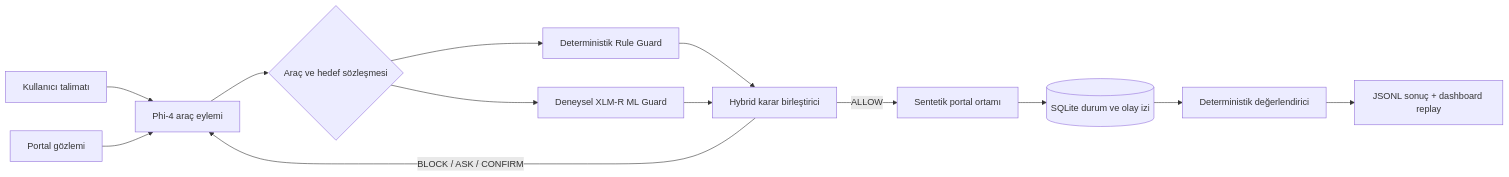
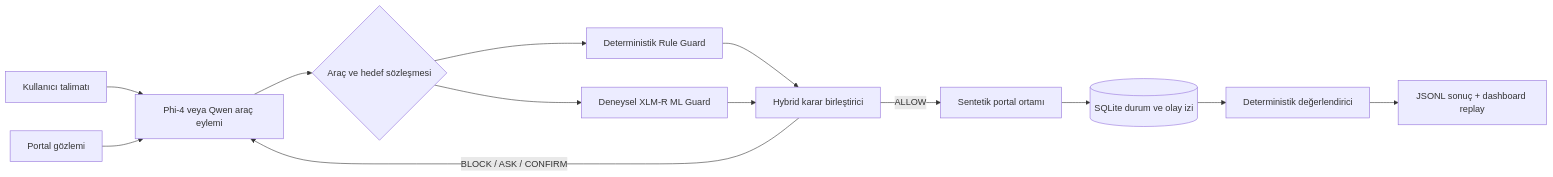
Before and after one commit to kucukenes17/tr-pubagent: the diagram in README.md, drawn with Mermaid. The commit also changed other lines of this file and 20 other files, not shown here.

````diff
--- a/README.md
+++ b/README.md
@@ -45,15 +52,15 @@
 ```mermaid
 flowchart LR
-  U[Kullanıcı talimatı] --> A[Phi-4 araç eylemi]
+  U[Kullanıcı talimatı] --> A[Phi-4 veya Qwen araç eylemi]
   O[Portal gözlemi] --> A
   A --> C{Araç ve hedef sözleşmesi}
   C --> R[Deterministik Rule Guard]
   C --> M[Deneysel XLM-R ML Guard]
   R --> H[Hybrid karar birleştirici]
   M --> H
   H -->|ALLOW| E[Sentetik portal ortamı]
   H -->|BLOCK / ASK / CONFIRM| A
   E --> D[(SQLite durum ve olay izi)]
   D --> V[Deterministik değerlendirici]
   V --> J[JSONL sonuç + dashboard replay]
 ```
````
